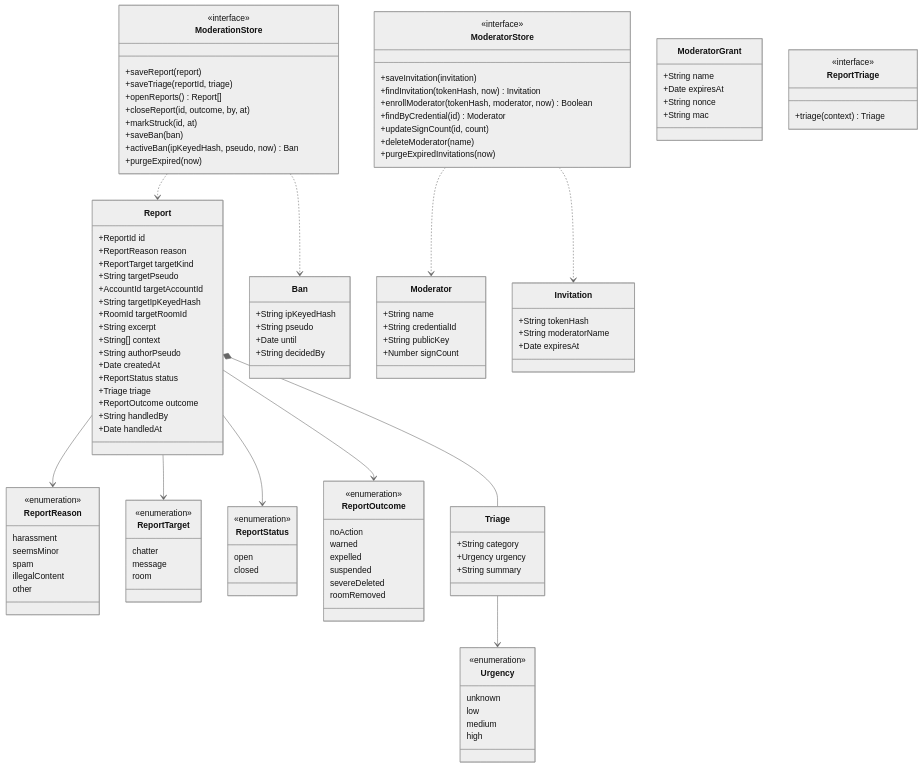
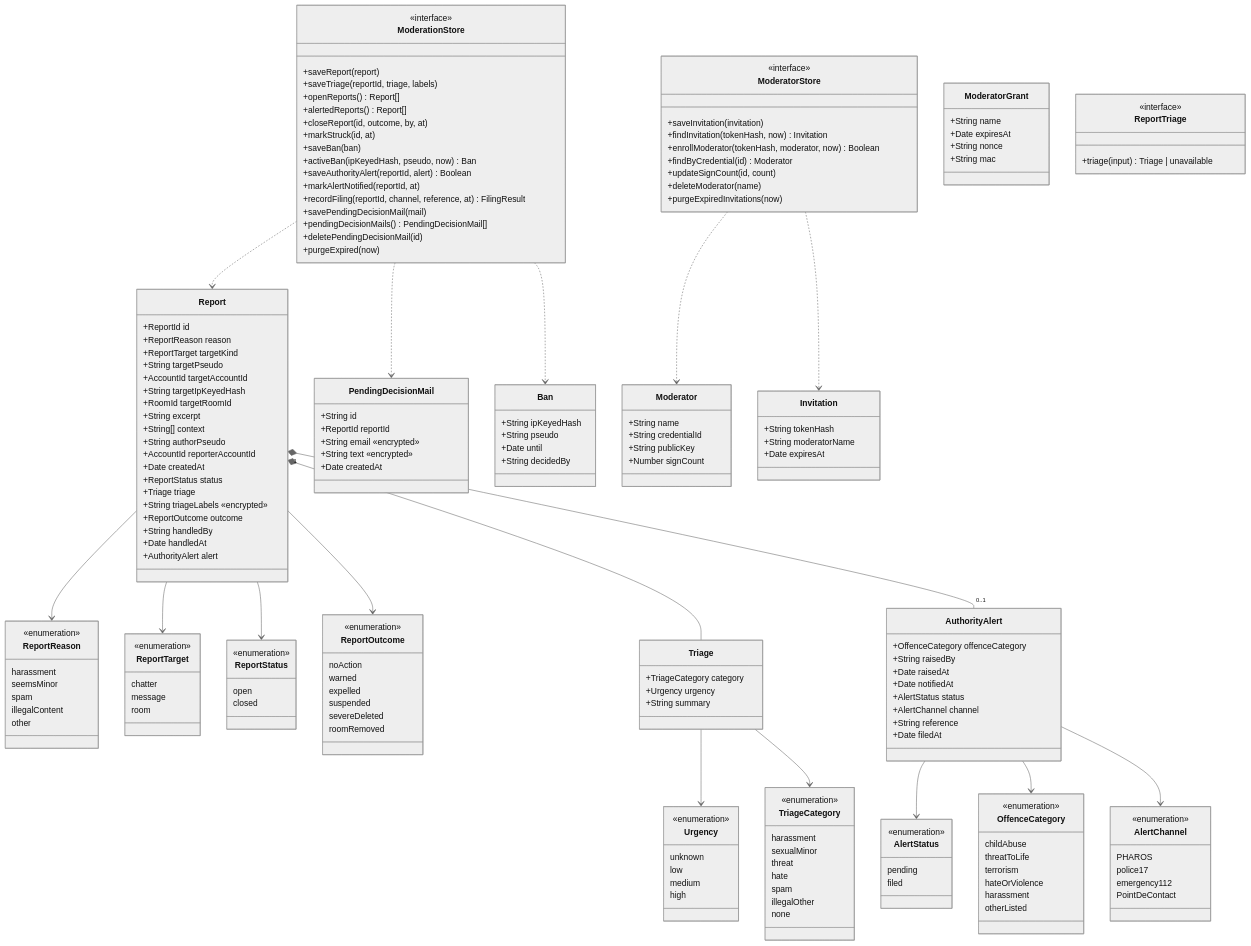
Before and after one commit to benoit-bremaud/asv: the diagram in docs/architecture/diagrams/moderation/04-class.md, drawn with Mermaid (neutral theme). The commit also changed other lines of this file and 24 other files, not shown here.

First line of the commit message:
docs(moderation): conception study for AI triage, DPIA and authority channel (8c) (#225)

````diff
--- a/docs/architecture/diagrams/moderation/04-class.md
+++ b/docs/architecture/diagrams/moderation/04-class.md
@@ -24,12 +24,15 @@
     +String excerpt
     +String[] context
     +String authorPseudo
+    +AccountId reporterAccountId
     +Date createdAt
     +ReportStatus status
     +Triage triage
+    +String triageLabels «encrypted»
     +ReportOutcome outcome
     +String handledBy
     +Date handledAt
+    +AuthorityAlert alert
   }
   class ReportReason {
     <<enumeration>>
@@ -60,9 +63,57 @@
     roomRemoved
   }
   class Triage {
-    +String category
+    +TriageCategory category
     +Urgency urgency
     +String summary
+  }
+  class TriageCategory {
+    <<enumeration>>
+    harassment
+    sexualMinor
+    threat
+    hate
+    spam
+    illegalOther
+    none
+  }
+  class AuthorityAlert {
+    +OffenceCategory offenceCategory
+    +String raisedBy
+    +Date raisedAt
+    +Date notifiedAt
+    +AlertStatus status
+    +AlertChannel channel
+    +String reference
+    +Date filedAt
+  }
+  class OffenceCategory {
+    <<enumeration>>
+    childAbuse
+    threatToLife
+    terrorism
+    hateOrViolence
+    harassment
+    otherListed
+  }
+  class AlertChannel {
+    <<enumeration>>
+    PHAROS
+    police17
+    emergency112
+    PointDeContact
+  }
+  class PendingDecisionMail {
+    +String id
+    +ReportId reportId
+    +String email «encrypted»
+    +String text «encrypted»
+    +Date createdAt
+  }
+  class AlertStatus {
+    <<enumeration>>
+    pending
+    filed
   }
   class Urgency {
     <<enumeration>>
@@ -91,12 +142,19 @@
   class ModerationStore {
     <<interface>>
     +saveReport(report)
-    +saveTriage(reportId, triage)
+    +saveTriage(reportId, triage, labels)
     +openReports() Report[]
+    +alertedReports() Report[]
     +closeReport(id, outcome, by, at)
     +markStruck(id, at)
     +saveBan(ban)
     +activeBan(ipKeyedHash, pseudo, now) Ban
+    +saveAuthorityAlert(reportId, alert) Boolean
+    +markAlertNotified(reportId, at)
+    +recordFiling(reportId, channel, reference, at) FilingResult
+    +savePendingDecisionMail(mail)
+    +pendingDecisionMails() PendingDecisionMail[]
+    +deletePendingDecisionMail(id)
     +purgeExpired(now)
   }
   class ModeratorStore {
@@ -117,7 +175,7 @@
   }
   class ReportTriage {
     <<interface>>
-    +triage(context) Triage
+    +triage(input) Triage | unavailable
   }
   Report --> ReportReason
   Report --> ReportTarget
@@ -125,8 +183,14 @@
   Report --> ReportOutcome
   Report *-- Triage
   Triage --> Urgency
+  Triage --> TriageCategory
+  Report "1" *-- "0..1" AuthorityAlert
+  AuthorityAlert --> AlertStatus
+  AuthorityAlert --> OffenceCategory
+  AuthorityAlert --> AlertChannel
   ModerationStore ..> Report
   ModerationStore ..> Ban
+  ModerationStore ..> PendingDecisionMail
   ModeratorStore ..> Moderator
   ModeratorStore ..> Invitation
 ```
````
